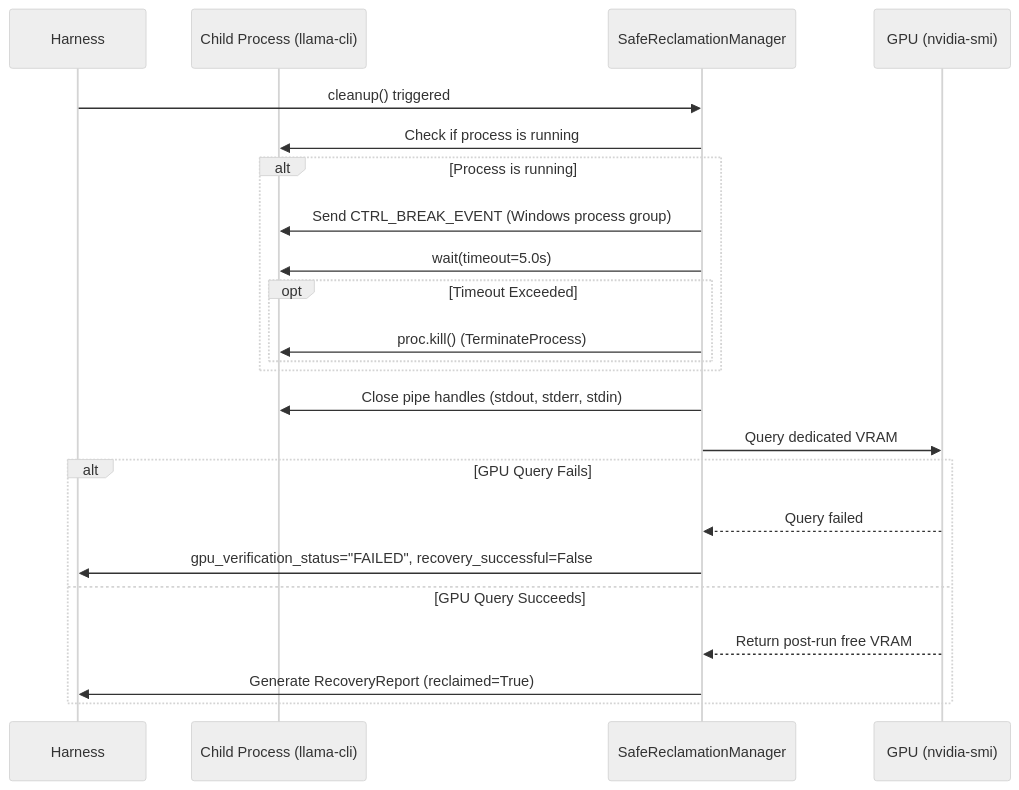
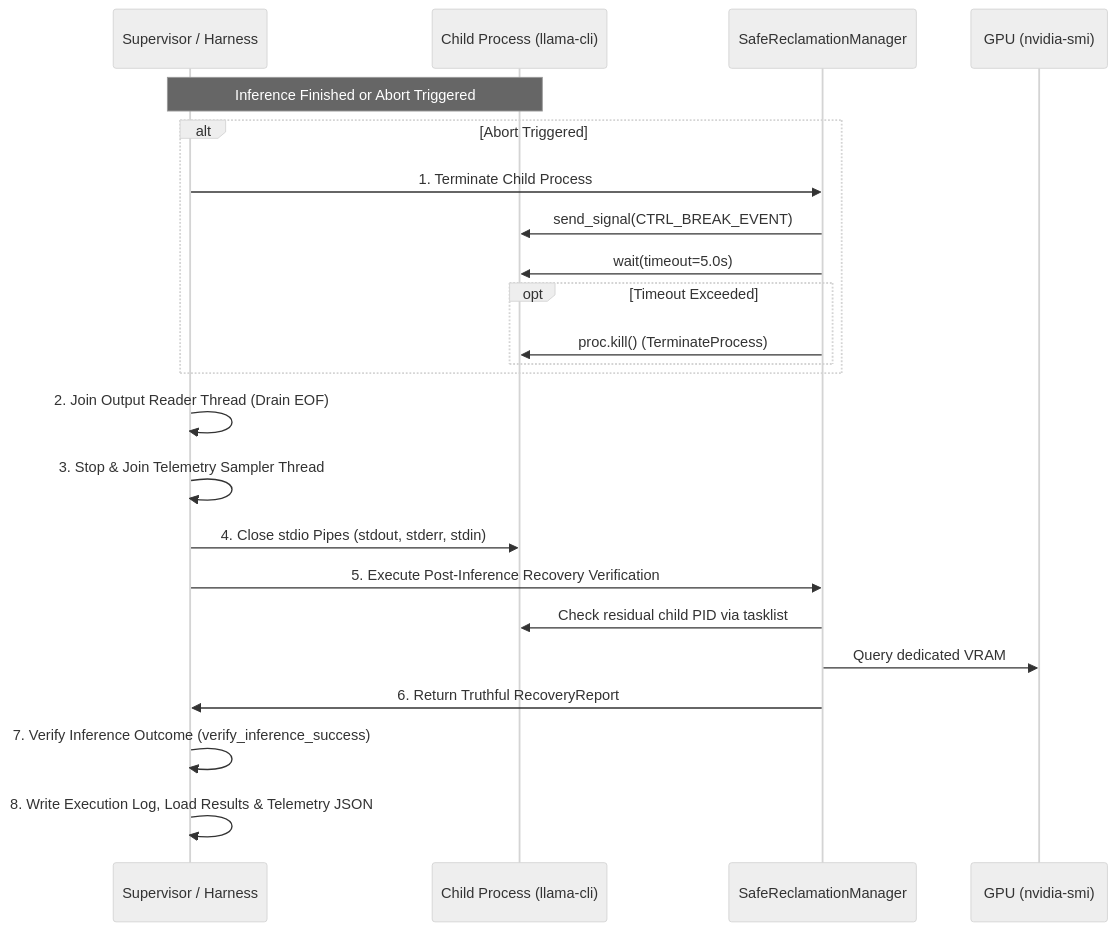
One commit to Imagen2dragon/NOVA-compute changed the diagram in reports/phase2c/RESOURCE_RECOVERY_POLICY.md. Above: the diagram before and after it, drawn with Mermaid (neutral theme). The commit also changed other lines of this file and 18 other files, not shown here.

Commit message:
Phase 2C-B Final Stabilization: Decoupled supervisor engine, sample queue ordering, accurate Windows fixtures, and hardened commit gate

````diff
--- a/reports/phase2c/RESOURCE_RECOVERY_POLICY.md
+++ b/reports/phase2c/RESOURCE_RECOVERY_POLICY.md
@@ -62,26 +62,26 @@
 ```mermaid
 sequenceDiagram
-    participant H as Harness
+    participant H as Supervisor / Harness
     participant C as Child Process (llama-cli)
     participant M as SafeReclamationManager
     participant G as GPU (nvidia-smi)
 
-    H->>M: cleanup() triggered
-    M->>C: Check if process is running
-    alt Process is running
-        M->>C: Send CTRL_BREAK_EVENT (Windows process group)
+    Note over H,C: Inference Finished or Abort Triggered
+    alt Abort Triggered
+        H->>M: 1. Terminate Child Process
+        M->>C: send_signal(CTRL_BREAK_EVENT)
         M->>C: wait(timeout=5.0s)
         opt Timeout Exceeded
             M->>C: proc.kill() (TerminateProcess)
         end
     end
-    M->>C: Close pipe handles (stdout, stderr, stdin)
+    H->>H: 2. Join Output Reader Thread (Drain EOF)
+    H->>H: 3. Stop & Join Telemetry Sampler Thread
+    H->>C: 4. Close stdio Pipes (stdout, stderr, stdin)
+    H->>M: 5. Execute Post-Inference Recovery Verification
+    M->>C: Check residual child PID via tasklist
     M->>G: Query dedicated VRAM
-    alt GPU Query Fails
-        G-->>M: Query failed
-        M->>H: gpu_verification_status="FAILED", recovery_successful=False
-    else GPU Query Succeeds
-        G-->>M: Return post-run free VRAM
-        M->>H: Generate RecoveryReport (reclaimed=True)
-    end
+    M->>H: 6. Return Truthful RecoveryReport
+    H->>H: 7. Verify Inference Outcome (verify_inference_success)
+    H->>H: 8. Write Execution Log, Load Results & Telemetry JSON
 ```
````
